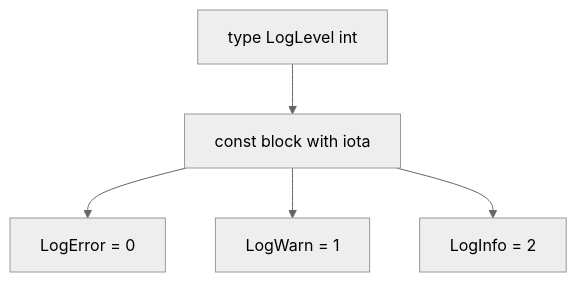
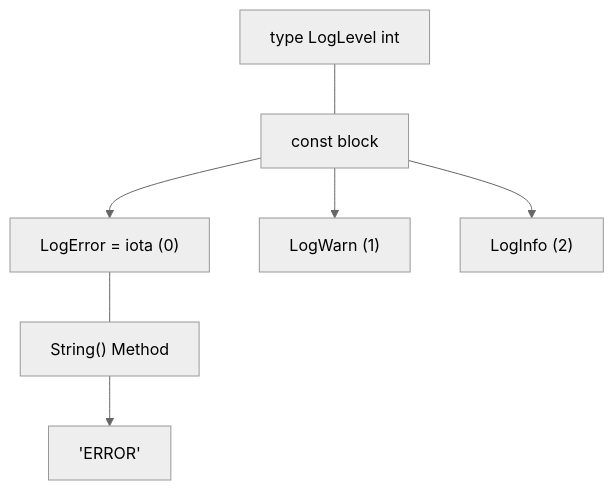
Before and after one commit to rasel9t6/the-go-engineer: the diagram in 02-language-basics/3-enums/README.md, drawn with Mermaid (neutral theme). The commit also changed other lines of this file and 36 other files, not shown here.

````diff
--- a/02-language-basics/3-enums/README.md
+++ b/02-language-basics/3-enums/README.md
@@ -25,7 +26,9 @@
 ```mermaid
 graph TD
-    A["type LogLevel int"] --> B["const block with iota"]
-    B --> C["LogError = 0"]
-    B --> D["LogWarn = 1"]
-    B --> E["LogInfo = 2"]
+    A["type LogLevel int"] --- B["const block"]
+    B --> C["LogError = iota (0)"]
+    B --> D["LogWarn (1)"]
+    B --> E["LogInfo (2)"]
+    C --- F["String() Method"]
+    F --> G["'ERROR'"]
 ```
````
